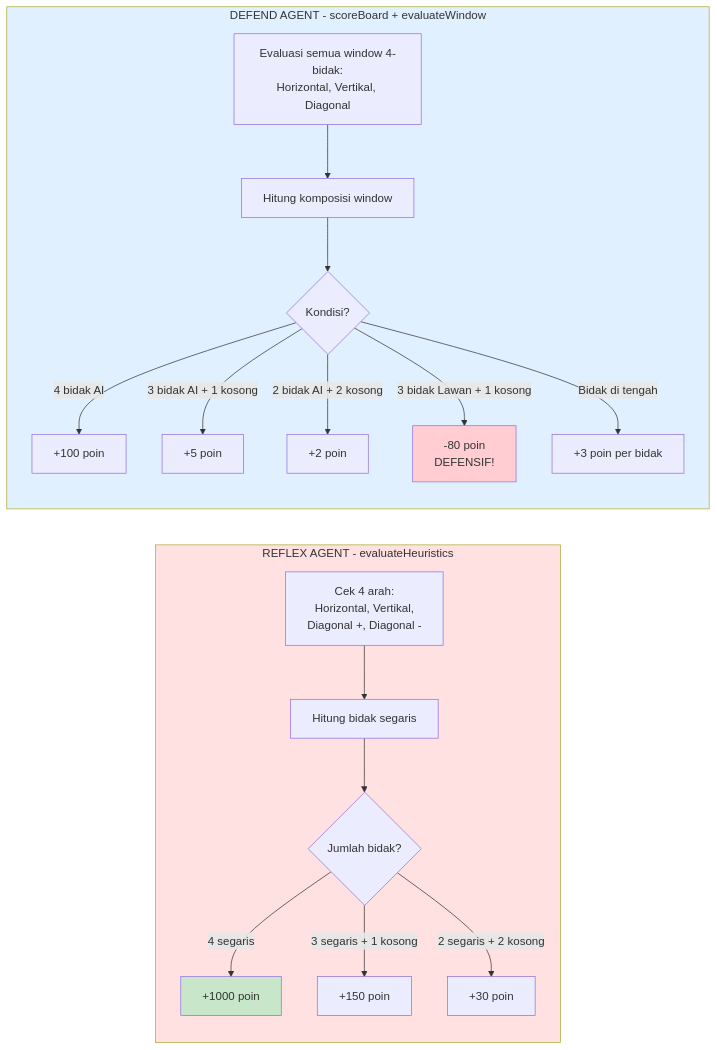
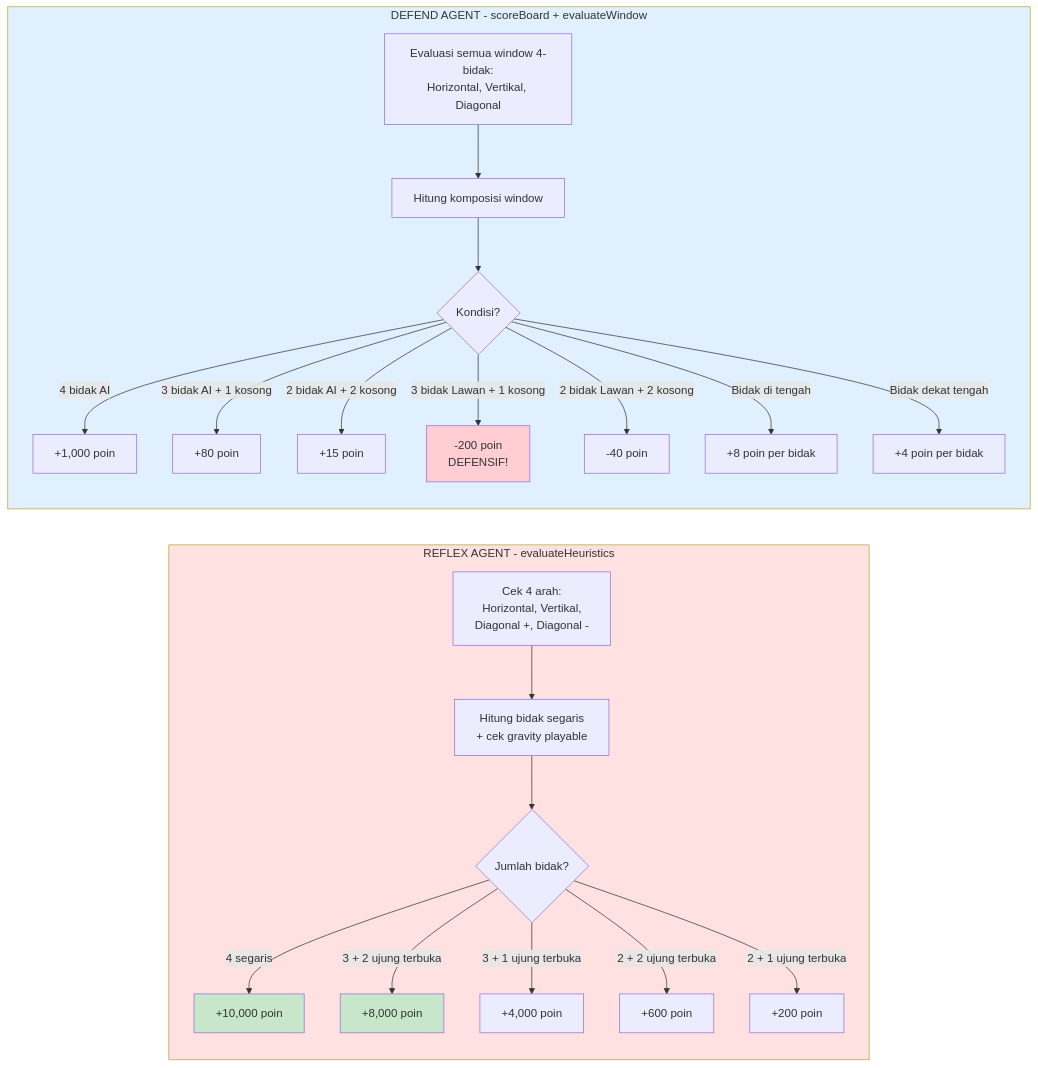
One commit to mrizalbasri/Connect_Four changed the third of 5 diagrams in flowchart_ai_algorithms.md. Above: the diagram before and after it, drawn with Mermaid. The commit also changed other lines of this file and 5 other files, not shown here.

````diff
--- a/flowchart_ai_algorithms.md
+++ b/flowchart_ai_algorithms.md
@@ -127,31 +149,36 @@
 ```mermaid
 flowchart LR
     subgraph Reflex["REFLEX AGENT - evaluateHeuristics"]
         R1[Cek 4 arah:<br/>Horizontal, Vertikal,<br/>Diagonal +, Diagonal -]
-        R2[Hitung bidak segaris]
+        R2[Hitung bidak segaris<br/>+ cek gravity playable]
         R3{Jumlah bidak?}
-        R3 -->|4 segaris| R4[+1000 poin]
-        R3 -->|3 segaris + 1 kosong| R5[+150 poin]
-        R3 -->|2 segaris + 2 kosong| R6[+30 poin]
+        R3 -->|4 segaris| R4[+10,000 poin]
+        R3 -->|3 + 2 ujung terbuka| R5[+8,000 poin]
+        R3 -->|3 + 1 ujung terbuka| R5b[+4,000 poin]
+        R3 -->|2 + 2 ujung terbuka| R6[+600 poin]
+        R3 -->|2 + 1 ujung terbuka| R6b[+200 poin]
 
         R1 --> R2 --> R3
     end
 
     subgraph Defend["DEFEND AGENT - scoreBoard + evaluateWindow"]
         D1[Evaluasi semua window 4-bidak:<br/>Horizontal, Vertikal, Diagonal]
         D2[Hitung komposisi window]
         D3{Kondisi?}
-        D3 -->|4 bidak AI| D4[+100 poin]
-        D3 -->|3 bidak AI + 1 kosong| D5[+5 poin]
-        D3 -->|2 bidak AI + 2 kosong| D6[+2 poin]
-        D3 -->|3 bidak Lawan + 1 kosong| D7[-80 poin<br/>DEFENSIF!]
-        D3 -->|Bidak di tengah| D8[+3 poin per bidak]
+        D3 -->|4 bidak AI| D4[+1,000 poin]
+        D3 -->|3 bidak AI + 1 kosong| D5[+80 poin]
+        D3 -->|2 bidak AI + 2 kosong| D6[+15 poin]
+        D3 -->|3 bidak Lawan + 1 kosong| D7[-200 poin<br/>DEFENSIF!]
+        D3 -->|2 bidak Lawan + 2 kosong| D7b[-40 poin]
+        D3 -->|Bidak di tengah| D8[+8 poin per bidak]
+        D3 -->|Bidak dekat tengah| D8b[+4 poin per bidak]
 
         D1 --> D2 --> D3
     end
 
     style Reflex fill:#ffe1e1
     style Defend fill:#e1f0ff
     style R4 fill:#c8e6c9
+    style R5 fill:#c8e6c9
     style D7 fill:#ffcdd2
 ```
````
